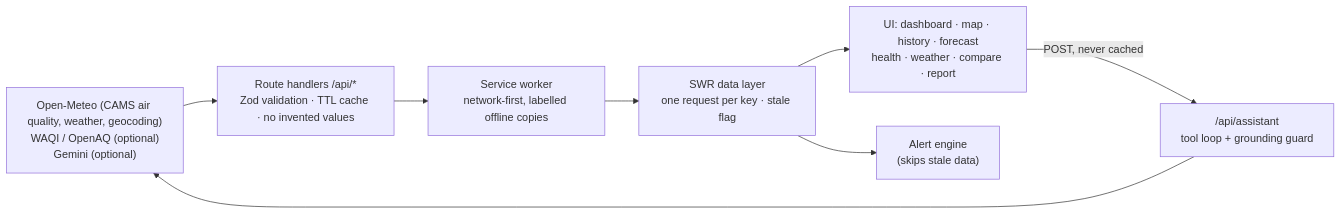
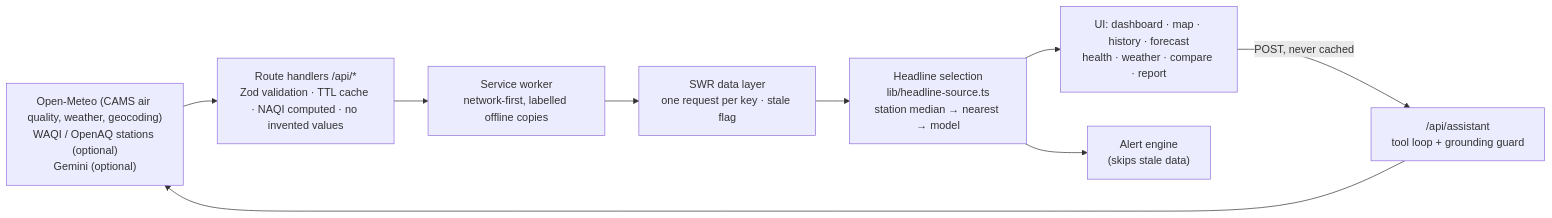
The diagram in README.md (marwaaann/AirIQ), drawn with Mermaid before and after one commit. The commit also changed other lines of this file and 107 other files, not shown here.

````diff
--- a/README.md
+++ b/README.md
@@ -51,13 +53,14 @@
 ```mermaid
 flowchart LR
-  P["Open-Meteo (CAMS air quality, weather, geocoding)<br/>WAQI / OpenAQ (optional)<br/>Gemini (optional)"]
-  S["Route handlers /api/*<br/>Zod validation · TTL cache · no invented values"]
+  P["Open-Meteo (CAMS air quality, weather, geocoding)<br/>WAQI / OpenAQ stations (optional)<br/>Gemini (optional)"]
+  S["Route handlers /api/*<br/>Zod validation · TTL cache · NAQI computed · no invented values"]
+  H["Headline selection<br/>lib/headline-source.ts<br/>station median → nearest → model"]
   W["Service worker<br/>network-first, labelled offline copies"]
   C["SWR data layer<br/>one request per key · stale flag"]
   U["UI: dashboard · map · history · forecast<br/>health · weather · compare · report"]
   A["Alert engine<br/>(skips stale data)"]
   G["/api/assistant<br/>tool loop + grounding guard"]
-  P --> S --> W --> C --> U
-  C --> A
+  P --> S --> W --> C --> H --> U
+  H --> A
   U -- "POST, never cached" --> G --> P
 ```
````
